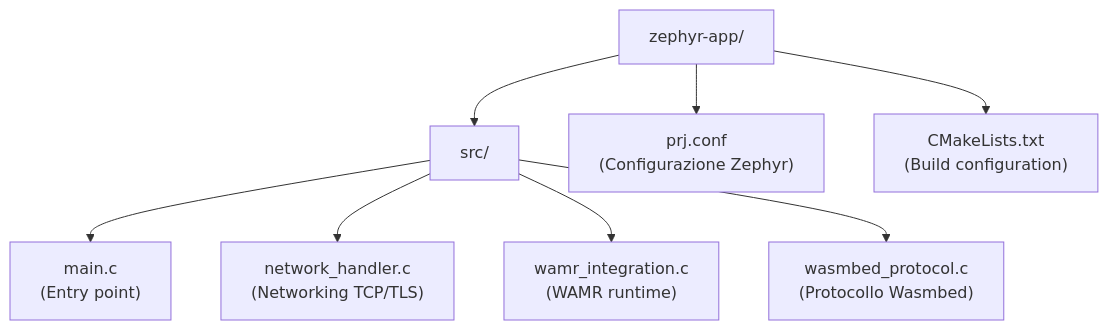
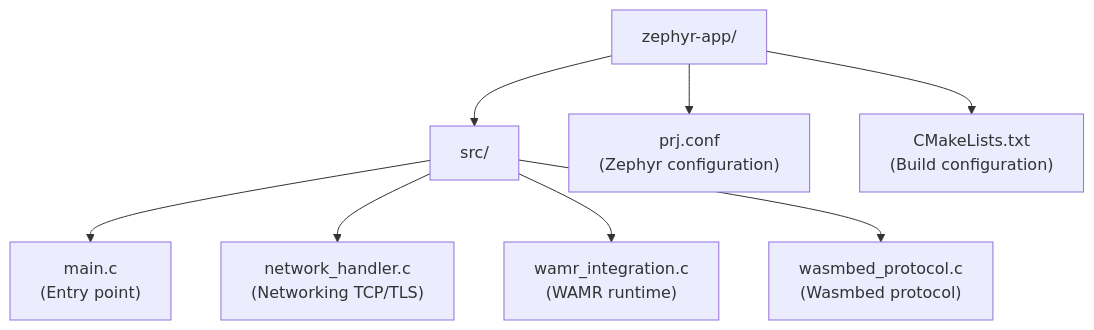
The second of 3 diagrams in doc/README.md (lucadagati/retrospect), drawn with Mermaid before and after one commit. The commit also changed other lines of this file and 1 other file, not shown here.

First line of the commit message:
doc: Rewrite README and ARCHITECTURE in English with detailed component descriptions

````diff
--- a/doc/README.md
+++ b/doc/README.md
@@ -149,19 +413,19 @@
 ```mermaid
 graph TD
     Root["zephyr-app/"]
     Src["src/"]
     Main["main.c<br/>(Entry point)"]
     Network["network_handler.c<br/>(Networking TCP/TLS)"]
     WAMR["wamr_integration.c<br/>(WAMR runtime)"]
-    Protocol["wasmbed_protocol.c<br/>(Protocollo Wasmbed)"]
-    PrjConf["prj.conf<br/>(Configurazione Zephyr)"]
+    Protocol["wasmbed_protocol.c<br/>(Wasmbed protocol)"]
+    PrjConf["prj.conf<br/>(Zephyr configuration)"]
     CMake["CMakeLists.txt<br/>(Build configuration)"]
     
     Root --> Src
     Root --> PrjConf
     Root --> CMake
     Src --> Main
     Src --> Network
     Src --> WAMR
     Src --> Protocol
 ```
````
